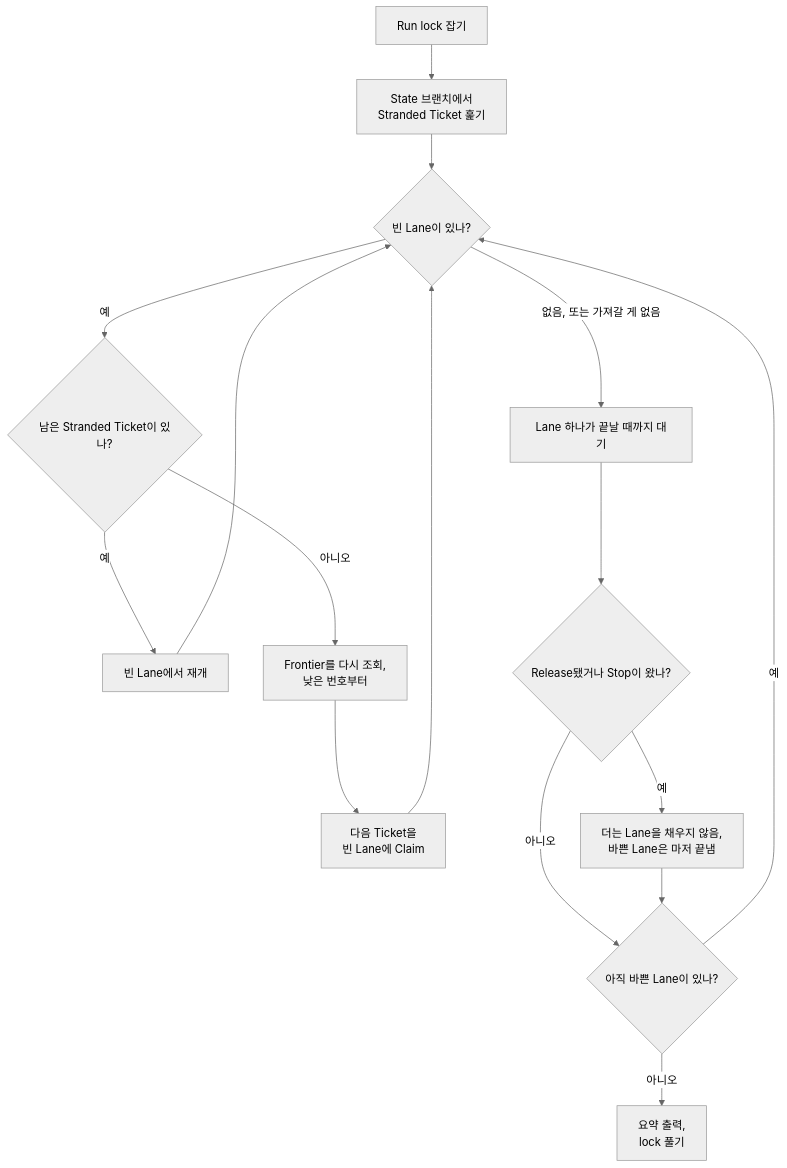
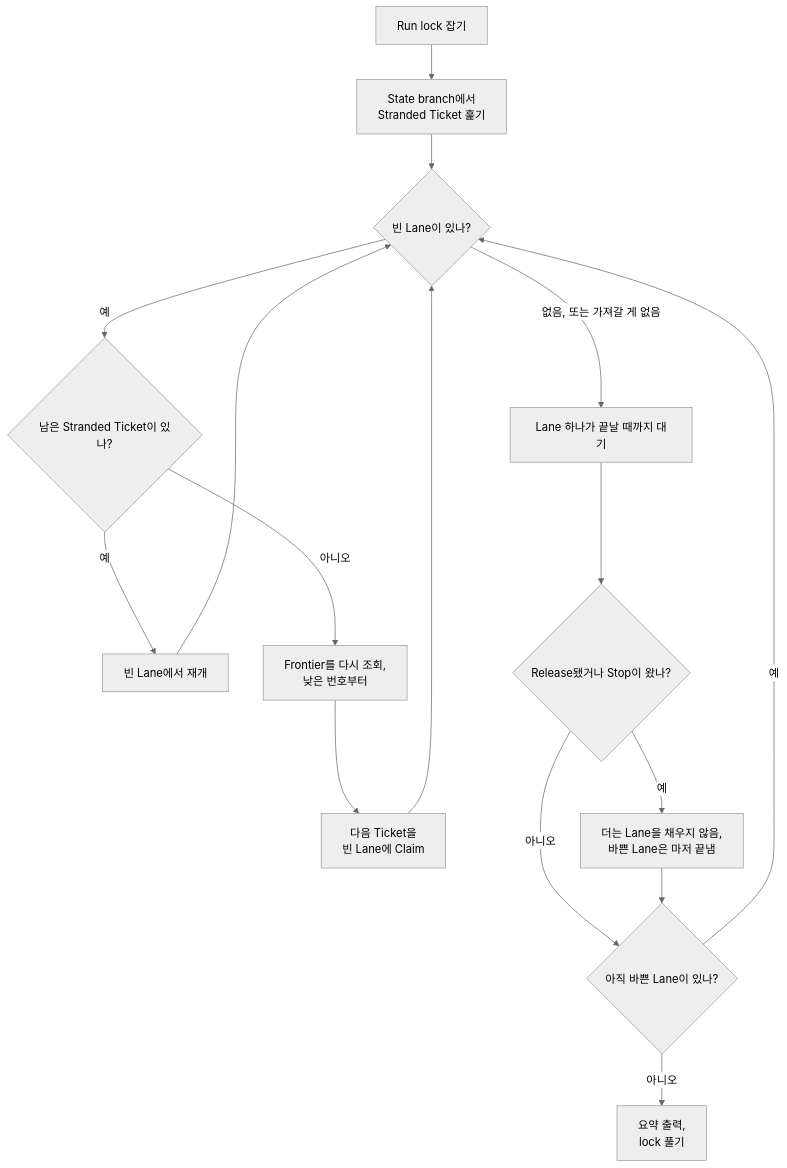
Before and after one commit to jjongs2/ticket-runner: the diagram in wiki/ko/guide/running.md, drawn with Mermaid (neutral theme). The commit also changed other lines of this file and 9 other files, not shown here.

````diff
--- a/wiki/ko/guide/running.md
+++ b/wiki/ko/guide/running.md
@@ -27,16 +27,16 @@
 ```mermaid
 flowchart TD
-  A["Run lock 잡기"] --> B["State 브랜치에서<br>Stranded Ticket 훑기"]
+  A["Run lock 잡기"] --> B["State branch에서<br>Stranded Ticket 훑기"]
   B --> C{"빈 Lane이 있나?"}
   C -- 예 --> D{"남은 Stranded Ticket이 있나?"}
   D -- 예 --> E["빈 Lane에서 재개"] --> C
   D -- 아니오 --> F["Frontier를 다시 조회,<br>낮은 번호부터"]
   F --> G["다음 Ticket을<br>빈 Lane에 Claim"] --> C
   C -- "없음, 또는 가져갈 게 없음" --> H["Lane 하나가 끝날 때까지 대기"]
   H --> I{"Release됐거나 Stop이 왔나?"}
   I -- 예 --> J["더는 Lane을 채우지 않음,<br>바쁜 Lane은 마저 끝냄"]
   I -- 아니오 --> K{"아직 바쁜 Lane이 있나?"}
   J --> K
   K -- 예 --> C
   K -- 아니오 --> L["요약 출력,<br>lock 풀기"]
 ```
````
